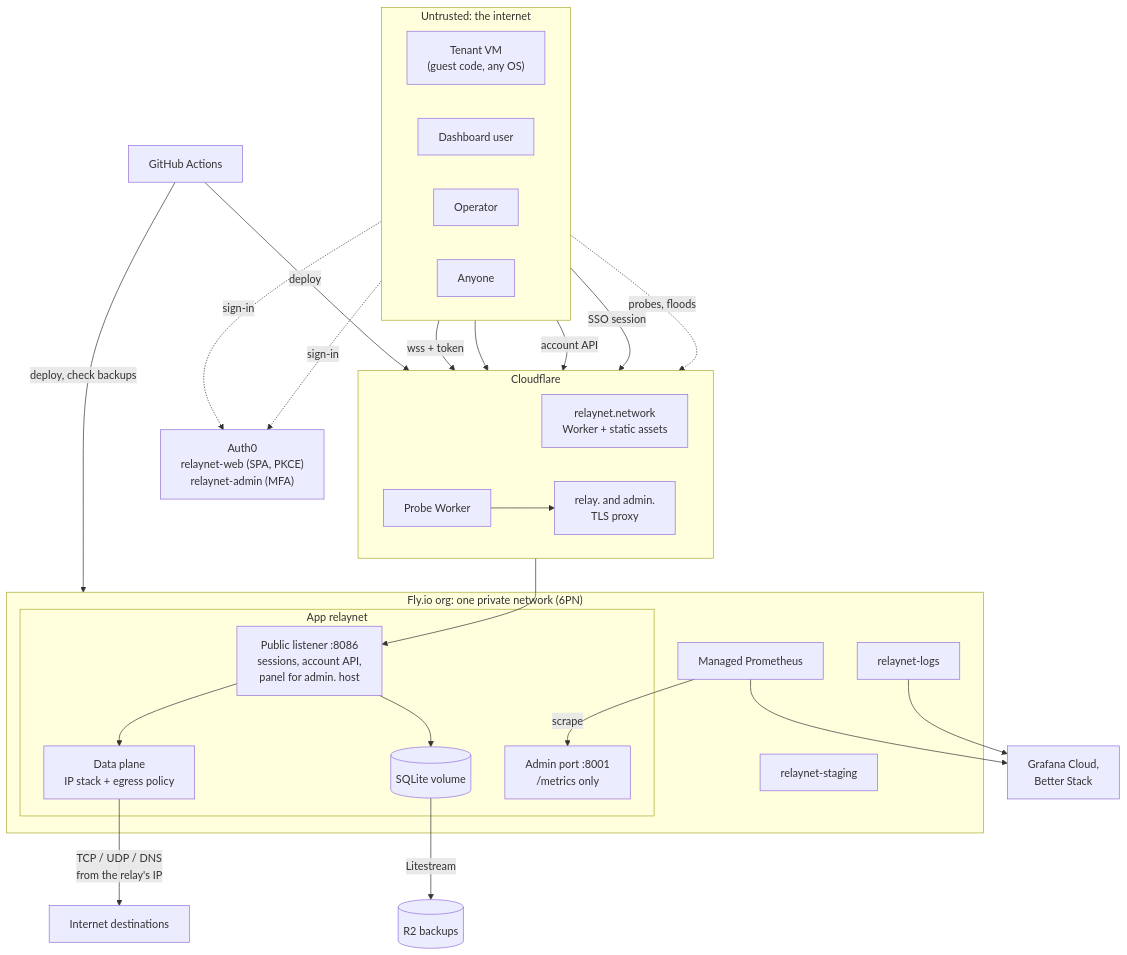
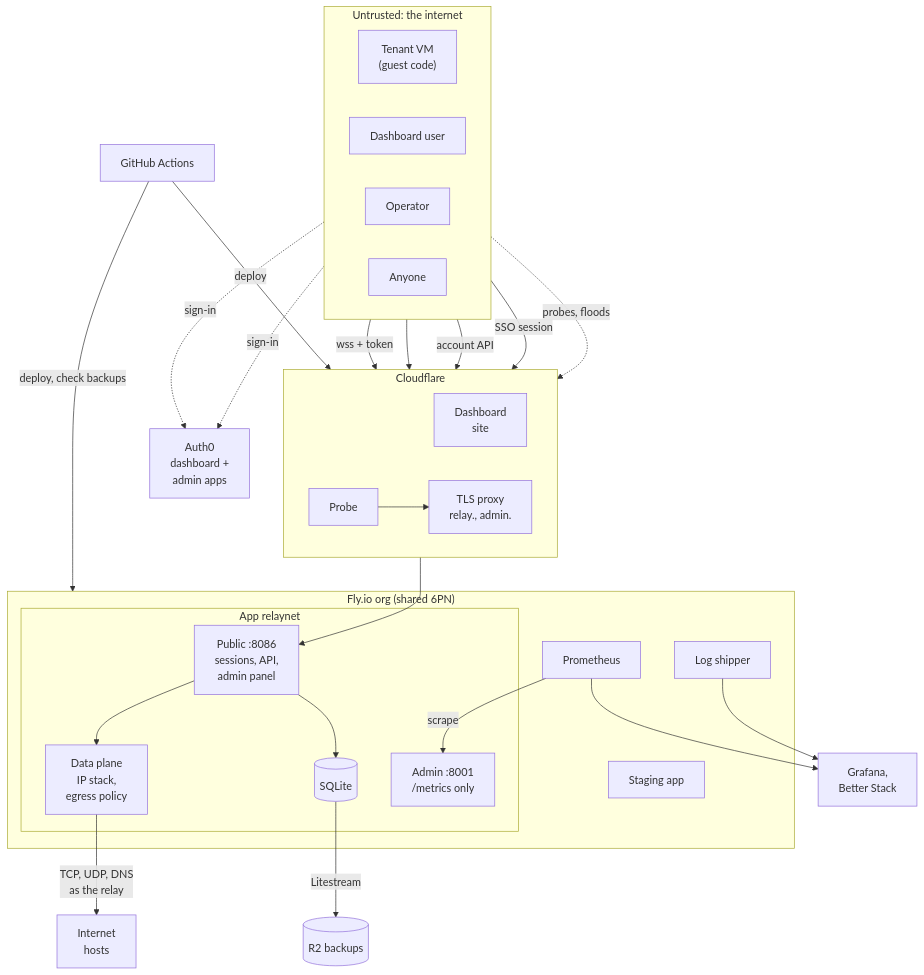
Before and after one commit to beriberikix/relaynet: the diagram in docs/security/threat-model.md, drawn with Mermaid.

Commit message:
Threat model: shorter diagram labels

````diff
--- a/docs/security/threat-model.md
+++ b/docs/security/threat-model.md
@@ -23,53 +23,53 @@
 ```mermaid
 flowchart TB
   subgraph Internet["Untrusted: the internet"]
     direction LR
-    VM["Tenant VM<br/>(guest code, any OS)"]
+    VM["Tenant VM<br/>(guest code)"]
     Browser["Dashboard user"]
     Op["Operator"]
     Anyone["Anyone"]
   end
 
-  Auth0["Auth0<br/>relaynet-web (SPA, PKCE)<br/>relaynet-admin (MFA)"]
+  Auth0["Auth0<br/>dashboard +<br/>admin apps"]
 
   subgraph CF["Cloudflare"]
     direction LR
-    Site["relaynet.network<br/>Worker + static assets"]
-    Edge["relay. and admin.<br/>TLS proxy"]
-    Probe["Probe Worker"]
+    Site["Dashboard<br/>site"]
+    Edge["TLS proxy<br/>relay., admin."]
+    Probe["Probe"]
   end
 
-  subgraph Fly["Fly.io org: one private network (6PN)"]
+  subgraph Fly["Fly.io org (shared 6PN)"]
     subgraph Relay["App relaynet"]
-      Pub["Public listener :8086<br/>sessions, account API,<br/>panel for admin. host"]
-      Stack["Data plane<br/>IP stack + egress policy"]
-      DB[("SQLite volume")]
-      Adm["Admin port :8001<br/>/metrics only"]
+      Pub["Public :8086<br/>sessions, API,<br/>admin panel"]
+      Stack["Data plane<br/>IP stack,<br/>egress policy"]
+      DB[("SQLite")]
+      Adm["Admin :8001<br/>/metrics only"]
     end
-    Staging["relaynet-staging"]
-    Logs["relaynet-logs"]
-    Prom["Managed Prometheus"]
+    Staging["Staging app"]
+    Logs["Log shipper"]
+    Prom["Prometheus"]
   end
 
-  Dest["Internet destinations"]
+  Dest["Internet<br/>hosts"]
   R2[("R2 backups")]
-  Obs["Grafana Cloud,<br/>Better Stack"]
+  Obs["Grafana,<br/>Better Stack"]
   GH["GitHub Actions"]
 
   VM -- "wss + token" --> Edge
   Browser --> Site
   Browser -- "account API" --> Edge
   Op -- "SSO session" --> Edge
   Browser & Op -. "sign-in" .-> Auth0
   Anyone -. "probes, floods" .-> Edge
   Probe --> Edge
   Edge --> Pub
   Pub --> Stack
   Pub --> DB
-  Stack -- "TCP / UDP / DNS<br/>from the relay's IP" --> Dest
+  Stack -- "TCP, UDP, DNS<br/>as the relay" --> Dest
   DB -- "Litestream" --> R2
   Prom -- "scrape" --> Adm
   Prom & Logs --> Obs
   GH -- "deploy, check backups" --> Fly
   GH -- "deploy" --> CF
 ```
````
